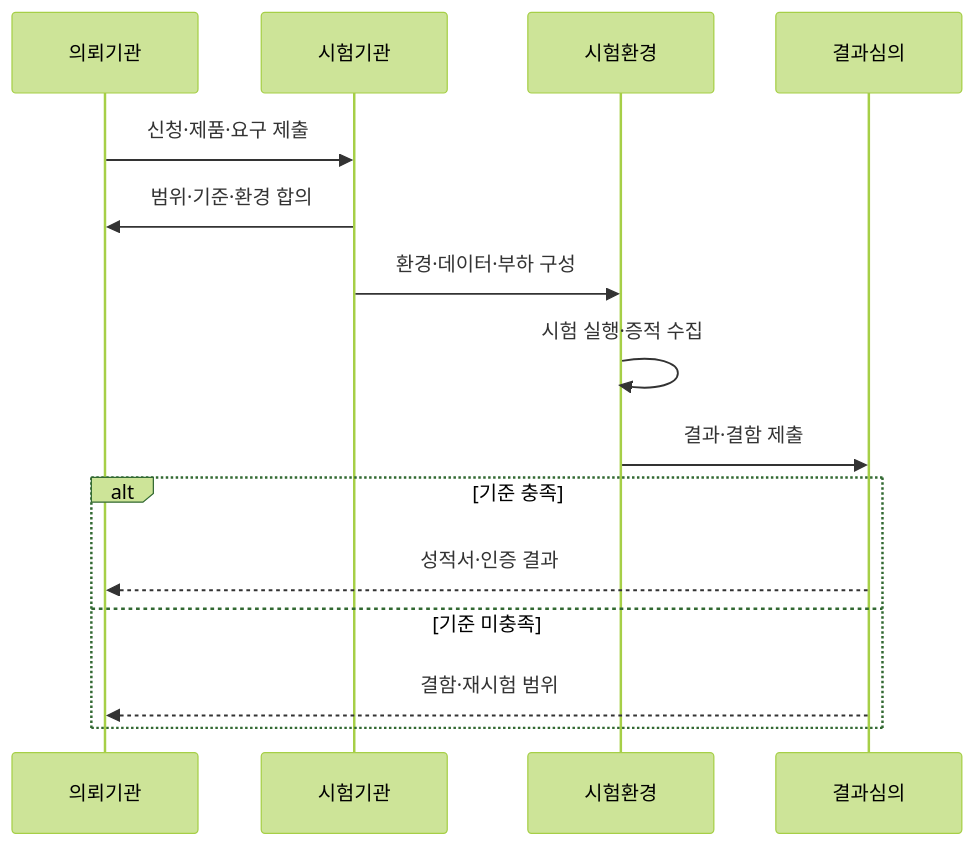
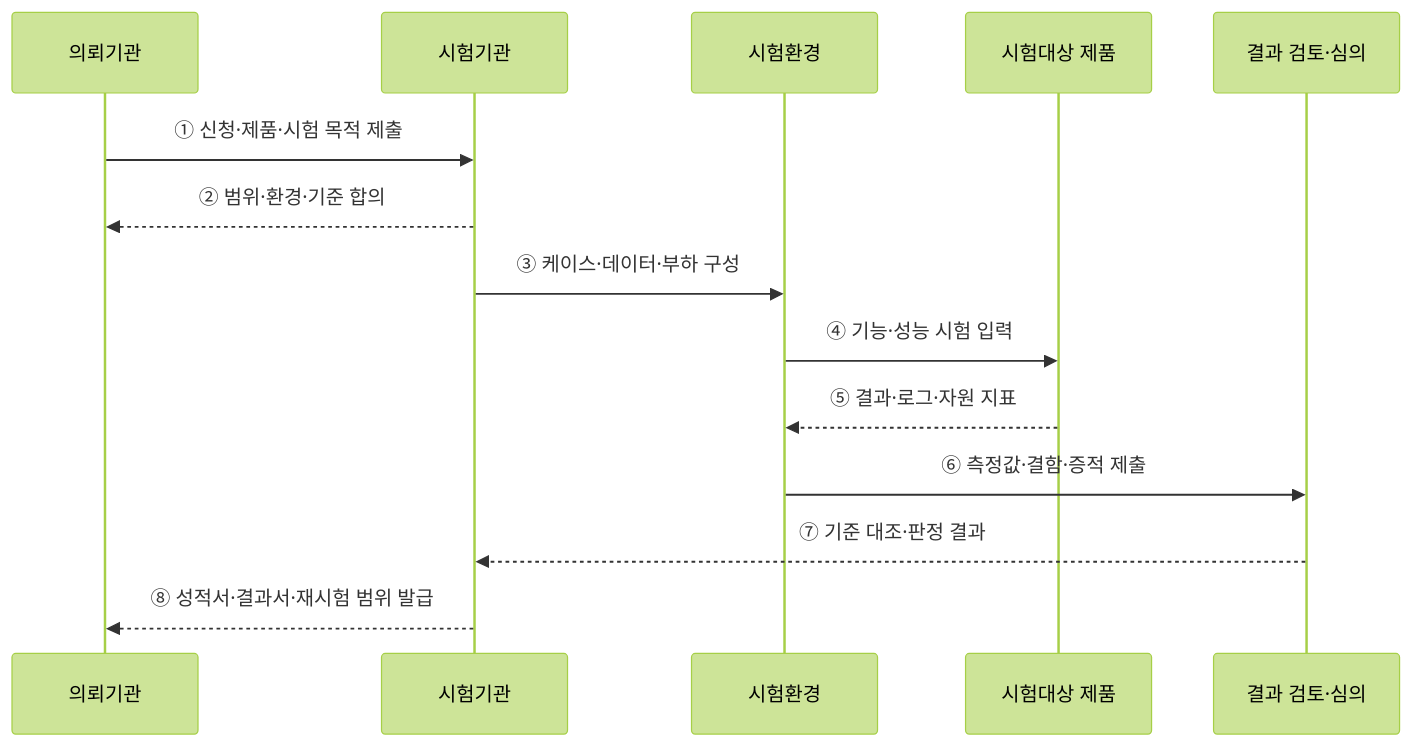
One commit to agnusdei1207/knowledge-base changed the second of 2 diagrams in src/content/docs/notes/03-software/186_tta_sw_quality_test.md. Above: the diagram before and after it, drawn with Mermaid (forest theme). The commit also changed other lines of this file and 12 other files, not shown here.

````diff
--- a/src/content/docs/notes/03-software/186_tta_sw_quality_test.md
+++ b/src/content/docs/notes/03-software/186_tta_sw_quality_test.md
@@ -77,17 +67,16 @@
 ```mermaid
 sequenceDiagram
     participant C as 의뢰기관
     participant T as 시험기관
     participant E as 시험환경
-    participant R as 결과심의
-    C->>T: 신청·제품·요구 제출
-    T->>C: 범위·기준·환경 합의
-    T->>E: 환경·데이터·부하 구성
-    E->>E: 시험 실행·증적 수집
-    E->>R: 결과·결함 제출
-    alt 기준 충족
-        R-->>C: 성적서·인증 결과
-    else 기준 미충족
-        R-->>C: 결함·재시험 범위
-    end
+    participant P as 시험대상 제품
+    participant R as 결과 검토·심의
+    C->>T: ① 신청·제품·시험 목적 제출
+    T-->>C: ② 범위·환경·기준 합의
+    T->>E: ③ 케이스·데이터·부하 구성
+    E->>P: ④ 기능·성능 시험 입력
+    P-->>E: ⑤ 결과·로그·자원 지표
+    E->>R: ⑥ 측정값·결함·증적 제출
+    R-->>T: ⑦ 기준 대조·판정 결과
+    T-->>C: ⑧ 성적서·결과서·재시험 범위 발급
 ```
````
